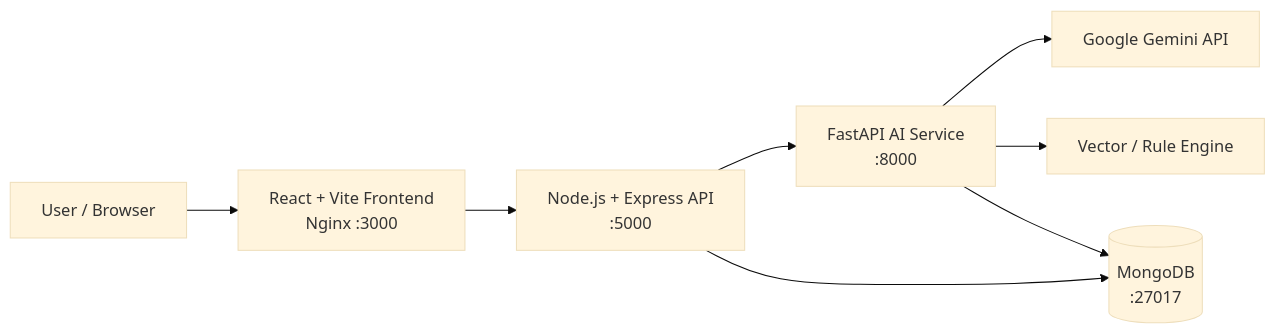
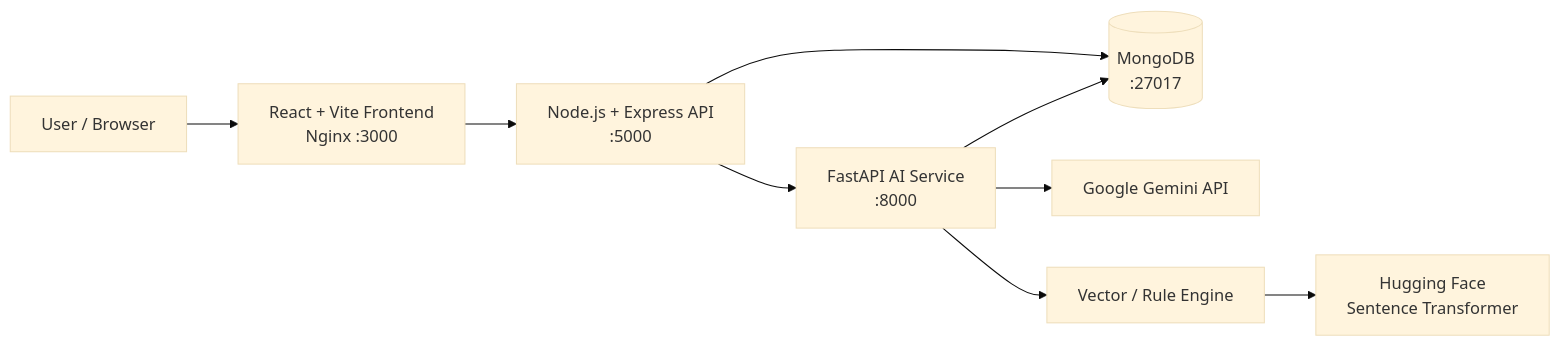
One commit to NITHIN-S-official/DeepSkill_AI changed the diagram in README.md. Above: the diagram before and after it, drawn with Mermaid (base theme). The commit also changed other lines of this file, not shown here.

````diff
--- a/README.md
+++ b/README.md
@@ -29,10 +31,11 @@
 ```mermaid
 flowchart LR
     U[User / Browser] --> F[React + Vite Frontend<br/>Nginx :3000]
     F --> B[Node.js + Express API<br/>:5000]
     B --> A[FastAPI AI Service<br/>:8000]
     B --> M[(MongoDB<br/>:27017)]
     A --> G[Google Gemini API]
     A --> V[Vector / Rule Engine]
+    V --> H[Hugging Face<br/>Sentence Transformer]
     A --> M
 ```
````
